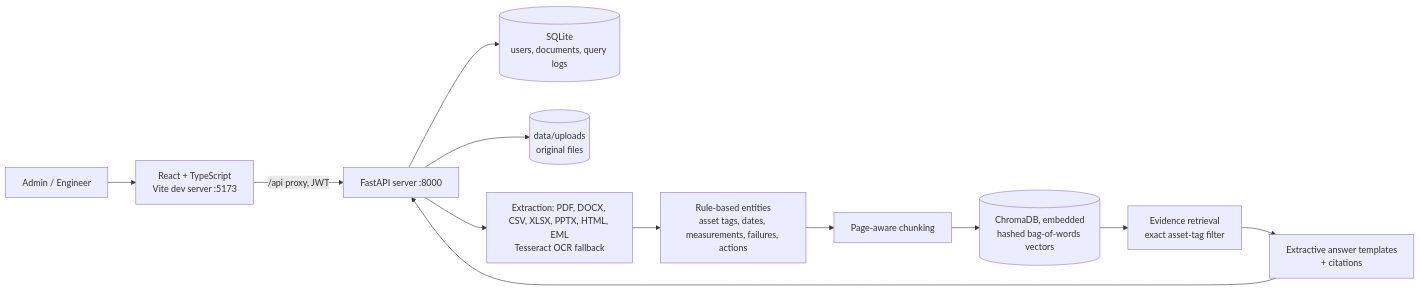
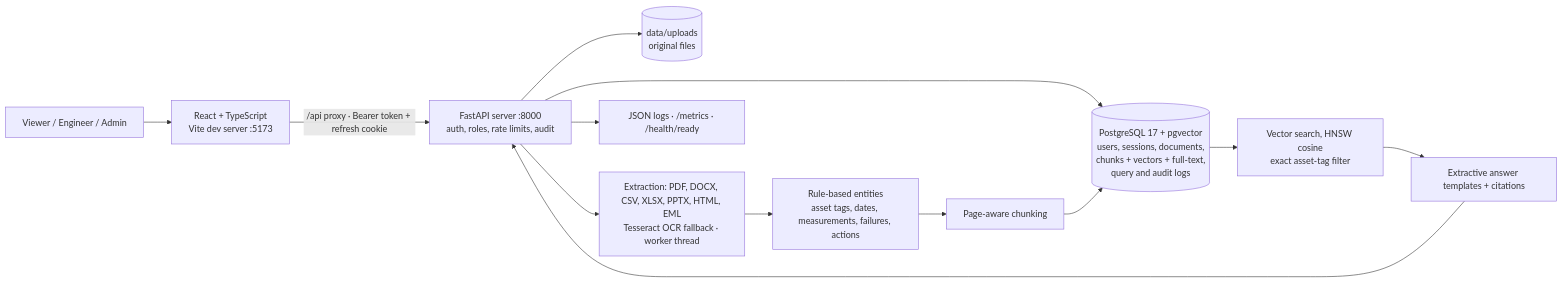
One commit to Balavigneshcse/IndustrialBrain changed the diagram in docs/architecture/system-architecture.md. Above: the diagram before and after it, drawn with Mermaid. The commit also changed other lines of this file and 8 other files, not shown here.

````diff
--- a/docs/architecture/system-architecture.md
+++ b/docs/architecture/system-architecture.md
@@ -5,14 +5,15 @@
 ```mermaid
 flowchart LR
-    U[Admin / Engineer] --> R[React + TypeScript<br/>Vite dev server :5173]
-    R -->|/api proxy, JWT| S[FastAPI server :8000]
-    S --> DB[(SQLite<br/>users, documents, query logs)]
+    U[Viewer / Engineer / Admin] --> R[React + TypeScript<br/>Vite dev server :5173]
+    R -->|/api proxy · Bearer token + refresh cookie| S[FastAPI server :8000<br/>auth, roles, rate limits, audit]
+    S --> PG[(PostgreSQL 17 + pgvector<br/>users, sessions, documents,<br/>chunks + vectors + full-text,<br/>query and audit logs)]
     S --> FILES[(data/uploads<br/>original files)]
-    S --> EX[Extraction: PDF, DOCX, CSV, XLSX, PPTX, HTML, EML<br/>Tesseract OCR fallback]
+    S --> EX[Extraction: PDF, DOCX, CSV, XLSX, PPTX, HTML, EML<br/>Tesseract OCR fallback · worker thread]
     EX --> ENT[Rule-based entities<br/>asset tags, dates, measurements, failures, actions]
     ENT --> CHUNK[Page-aware chunking]
-    CHUNK --> V[(ChromaDB, embedded<br/>hashed bag-of-words vectors)]
-    V --> RET[Evidence retrieval<br/>exact asset-tag filter]
-    RET --> ANS[Extractive answer templates<br/>+ citations]
+    CHUNK --> PG
+    PG --> RET[Vector search, HNSW cosine<br/>exact asset-tag filter]
+    RET --> ANS[Extractive answer templates + citations]
     ANS --> S
+    S --> OBS[JSON logs · /metrics · /health/ready]
 ```
````
